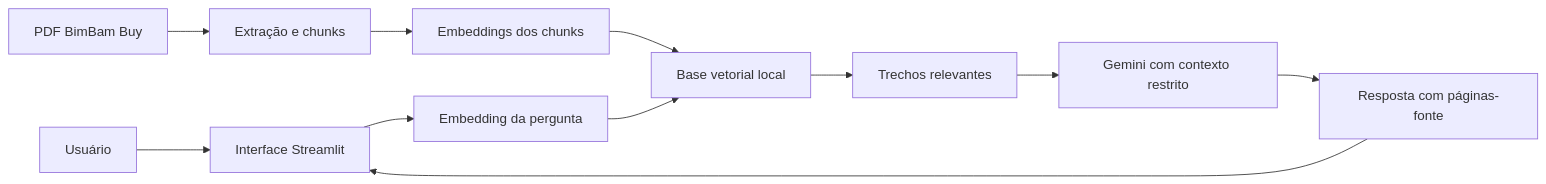
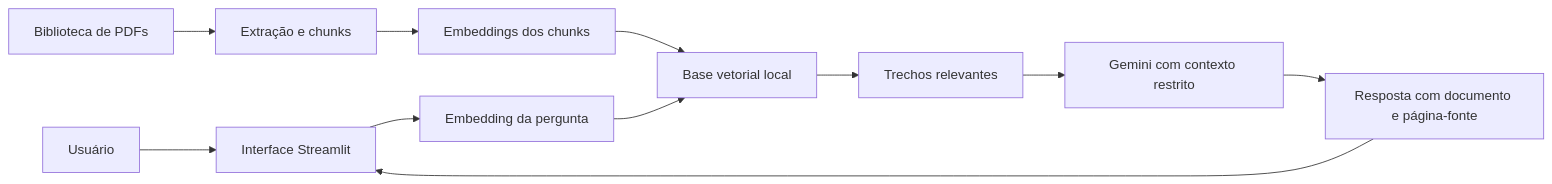
Before and after one commit to go3aline-ui/alura: the diagram in README.md, drawn with Mermaid. The commit also changed other lines of this file and 20 other files, not shown here.

Commit message:
Adiciona biblioteca com múltiplos PDFs

````diff
--- a/README.md
+++ b/README.md
@@ -30,13 +32,13 @@
 ```mermaid
 flowchart LR
     U[Usuário] --> I[Interface Streamlit]
     I --> Q[Embedding da pergunta]
-    P[PDF BimBam Buy] --> X[Extração e chunks]
+    P[Biblioteca de PDFs] --> X[Extração e chunks]
     X --> E[Embeddings dos chunks]
     E --> V[Base vetorial local]
     Q --> V
     V --> R[Trechos relevantes]
     R --> G[Gemini com contexto restrito]
-    G --> A[Resposta com páginas-fonte]
+    G --> A[Resposta com documento e página-fonte]
     A --> I
 ```
````
